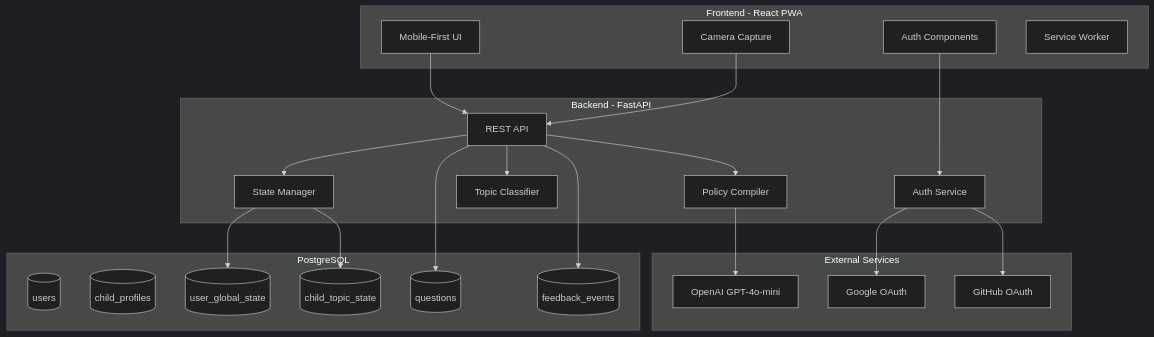
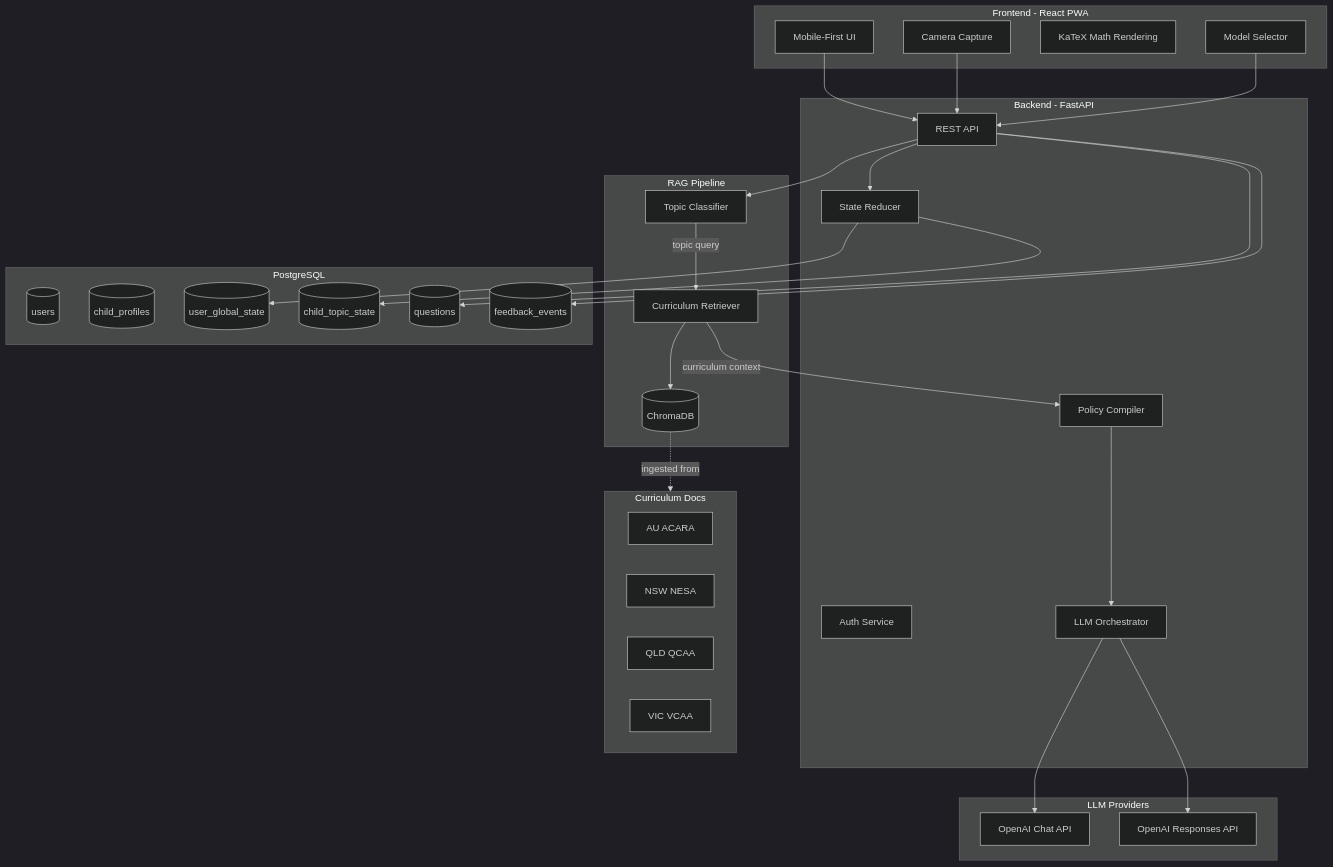
The diagram in README.md (Ruihang2017/homework-copilot-pwa), drawn with Mermaid (dark theme) before and after one commit. The commit also changed other lines of this file and 22 other files, not shown here.

First line of the commit message:
Add RAG (Retrieval-Augmented Generation) functionality and curriculum ingestion

````diff
--- a/README.md
+++ b/README.md
@@ -22,46 +27,61 @@
 ```mermaid
 graph TB
     subgraph frontend [Frontend - React PWA]
         UI[Mobile-First UI]
         Camera[Camera Capture]
-        Auth_UI[Auth Components]
-        PWA[Service Worker]
+        MathRender[KaTeX Math Rendering]
+        ModelSelect[Model Selector]
     end
-    
+
     subgraph backend [Backend - FastAPI]
         API[REST API]
         AuthService[Auth Service]
         PolicyCompiler[Policy Compiler]
-        TopicClassifier[Topic Classifier]
-        StateManager[State Manager]
+        Orchestrator[LLM Orchestrator]
+        StateReducer[State Reducer]
     end
-    
-    subgraph external [External Services]
-        OpenAI[OpenAI GPT-4o-mini]
-        GoogleOAuth[Google OAuth]
-        GitHubOAuth[GitHub OAuth]
+
+    subgraph rag [RAG Pipeline]
+        Classifier[Topic Classifier]
+        Retriever[Curriculum Retriever]
+        ChromaDB[(ChromaDB)]
     end
-    
+
+    subgraph llm [LLM Providers]
+        ChatAPI[OpenAI Chat API]
+        ResponsesAPI[OpenAI Responses API]
+    end
+
     subgraph database [PostgreSQL]
         Users[(users)]
         Profiles[(child_profiles)]
         GlobalState[(user_global_state)]
         TopicState[(child_topic_state)]
         Questions[(questions)]
         Feedback[(feedback_events)]
     end
-    
+
+    subgraph curriculum [Curriculum Docs]
+        ACARA[AU ACARA]
+        NESA[NSW NESA]
+        QCAA[QLD QCAA]
+        VCAA[VIC VCAA]
+    end
+
     UI --> API
     Camera --> API
-    Auth_UI --> AuthService
-    API --> PolicyCompiler
-    API --> TopicClassifier
-    API --> StateManager
-    PolicyCompiler --> OpenAI
-    AuthService --> GoogleOAuth
-    AuthService --> GitHubOAuth
-    StateManager --> TopicState
-    StateManager --> GlobalState
+    ModelSelect --> API
+    API --> Classifier
+    Classifier -->|topic query| Retriever
+    Retriever --> ChromaDB
+    ChromaDB -.->|ingested from| curriculum
+    Retriever -->|curriculum context| PolicyCompiler
+    PolicyCompiler --> Orchestrator
+    Orchestrator --> ChatAPI
+    Orchestrator --> ResponsesAPI
+    API --> StateReducer
+    StateReducer --> TopicState
+    StateReducer --> GlobalState
     API --> Questions
     API --> Feedback
 ```
````
